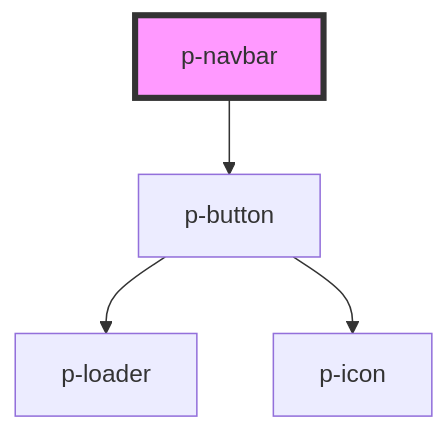
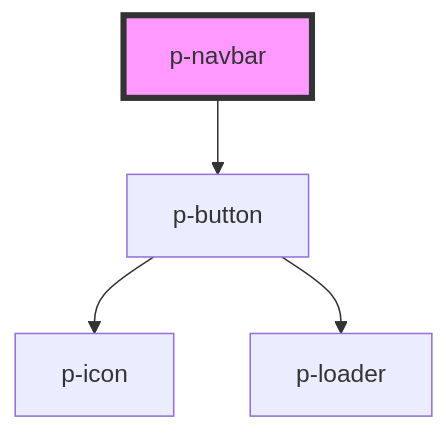
The diagram in packages/core/src/components/organisms/navbar/readme.md (Employes/paperless), drawn with Mermaid before and after one commit. The commit also changed other lines of this file and 22 other files, not shown here.

````diff
--- a/packages/core/src/components/organisms/navbar/readme.md
+++ b/packages/core/src/components/organisms/navbar/readme.md
@@ -21,7 +21,7 @@
 ```mermaid
 graph TD;
   p-navbar --> p-button
+  p-button --> p-icon
   p-button --> p-loader
-  p-button --> p-icon
   style p-navbar fill:#f9f,stroke:#333,stroke-width:4px
 ```
````
